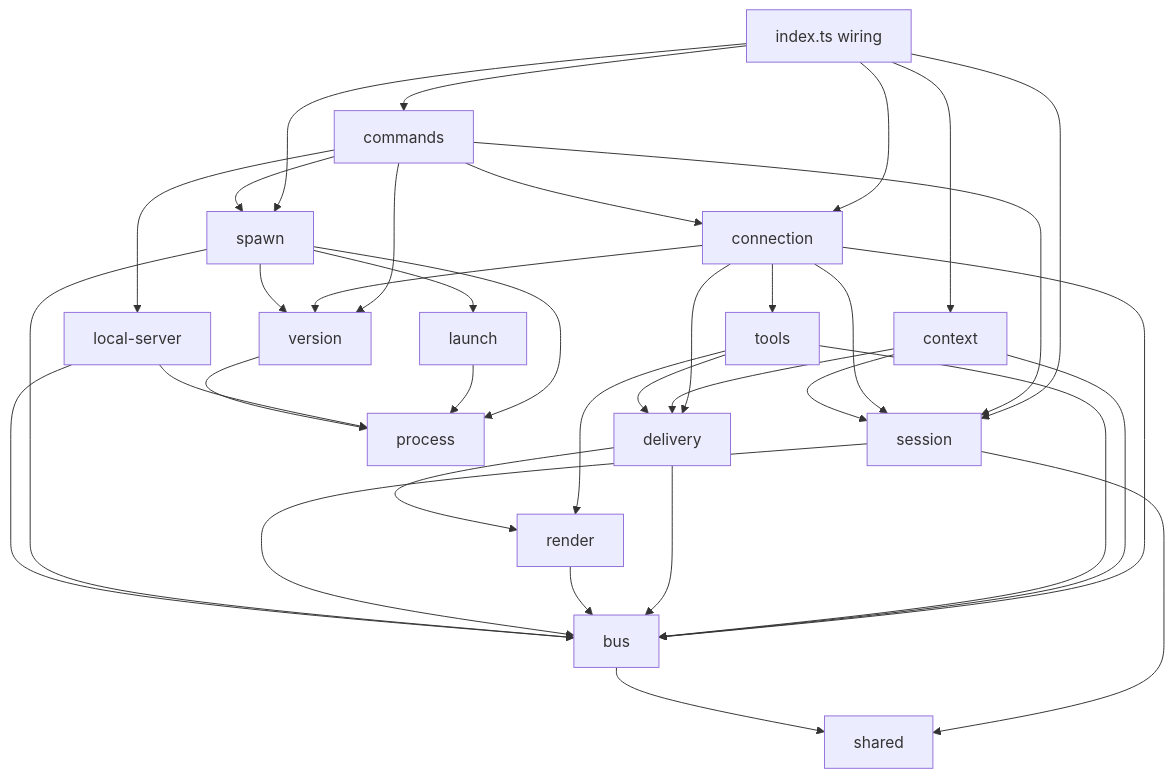
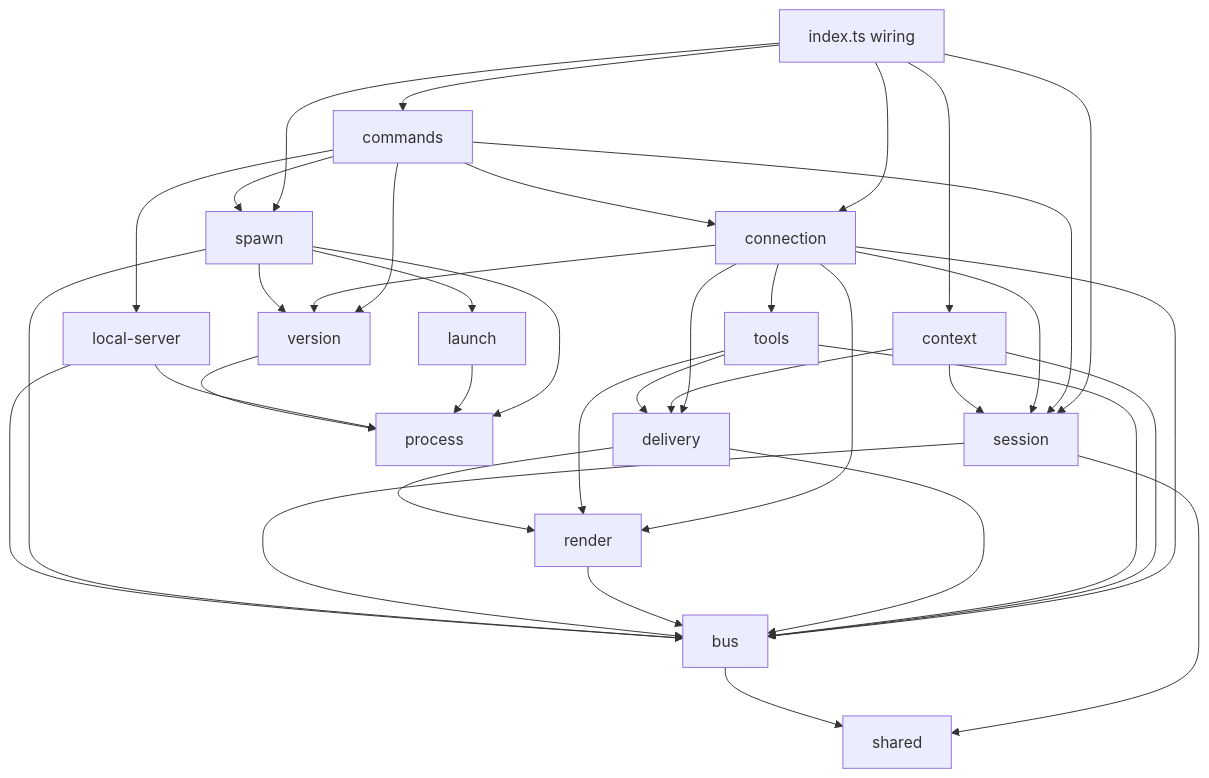
The first of 2 diagrams in docs/design/arch/client.md (till-muellers/agent-message-bus), drawn with Mermaid before and after one commit. The commit also changed other lines of this file and 14 other files, not shown here.

````diff
--- a/docs/design/arch/client.md
+++ b/docs/design/arch/client.md
@@ -114,38 +114,39 @@
 ```mermaid
 flowchart TD
   index[index.ts wiring] --> session
   index --> commands
   index --> spawn
   index --> connection
   index --> context
   commands --> session
   commands --> connection
   commands --> localserver[local-server]
   commands --> spawn
   commands --> version
   connection --> session
   connection --> tools
   connection --> delivery
   connection --> version
   connection --> bus
+  connection --> render
   context --> delivery
   context --> bus
   context --> session
   tools --> delivery
   tools --> render
   tools --> bus
   delivery --> render
   delivery --> bus
   render --> bus
   session --> bus
   session --> shared
   spawn --> launch
   spawn --> version
   spawn --> bus
   spawn --> process
   launch --> process
   localserver --> process
   localserver --> bus
   version --> process
   bus --> shared
 ```
````
